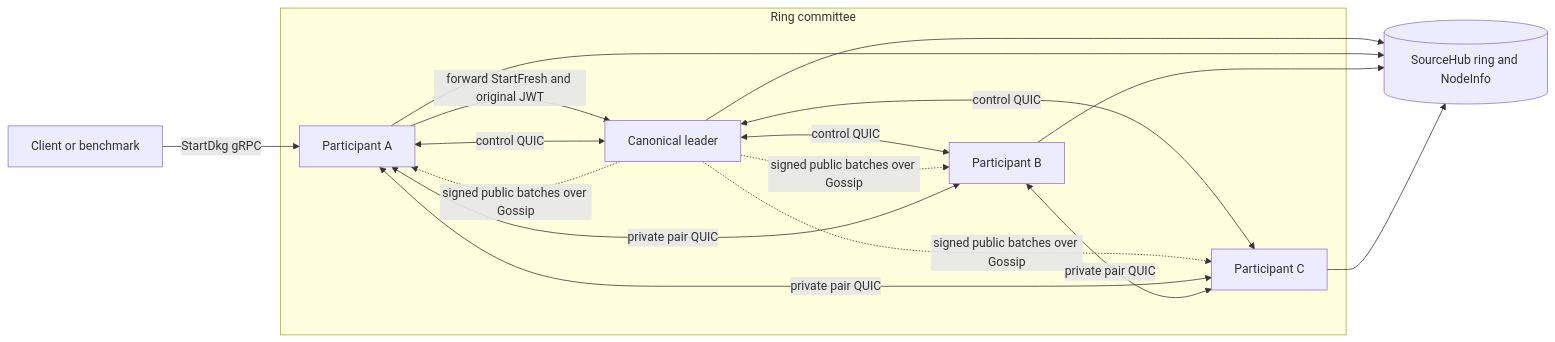
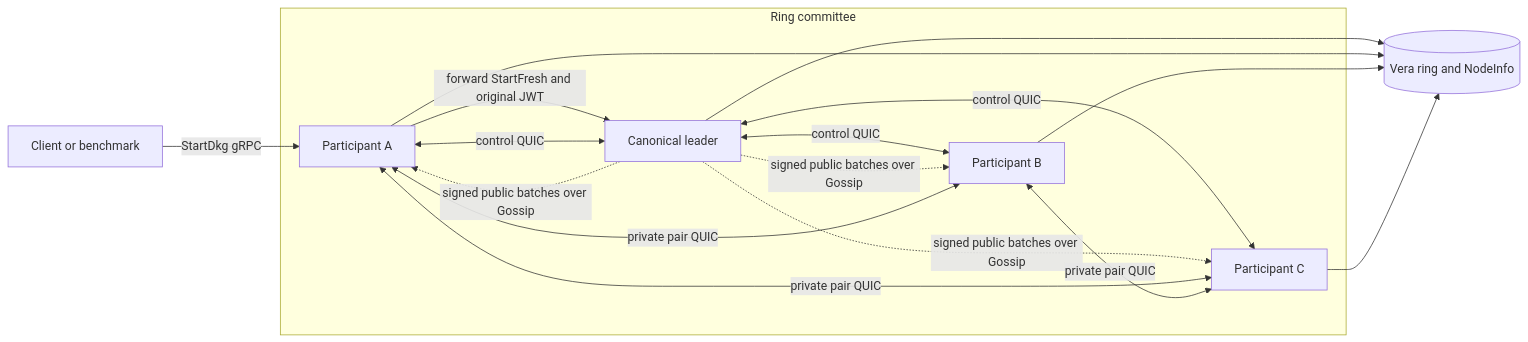
The first of 10 diagrams in bin/orbis-node/src/dkg/README.md (sourcenetwork/orbis-rs), drawn with Mermaid before and after one commit. The commit also changed other lines of this file and 106 other files, not shown here.

````diff
--- a/bin/orbis-node/src/dkg/README.md
+++ b/bin/orbis-node/src/dkg/README.md
@@ -51,32 +51,32 @@
 ```mermaid
 flowchart LR
   Client["Client or benchmark"]
-  SourceHub[("SourceHub ring and NodeInfo")]
+  Vera[("Vera ring and NodeInfo")]
 
   subgraph Committee["Ring committee"]
     Leader["Canonical leader"]
     A["Participant A"]
     B["Participant B"]
     C["Participant C"]
   end
 
   Client -->|"StartDkg gRPC"| A
   A -->|"forward StartFresh and original JWT"| Leader
 
   Leader <-->|"control QUIC"| A
   Leader <-->|"control QUIC"| B
   Leader <-->|"control QUIC"| C
 
   Leader -.->|"signed public batches over Gossip"| A
   Leader -.->|"signed public batches over Gossip"| B
   Leader -.->|"signed public batches over Gossip"| C
 
   A <-->|"private pair QUIC"| B
   A <-->|"private pair QUIC"| C
   B <-->|"private pair QUIC"| C
 
-  Leader --> SourceHub
-  A --> SourceHub
-  B --> SourceHub
-  C --> SourceHub
+  Leader --> Vera
+  A --> Vera
+  B --> Vera
+  C --> Vera
 ```
````
